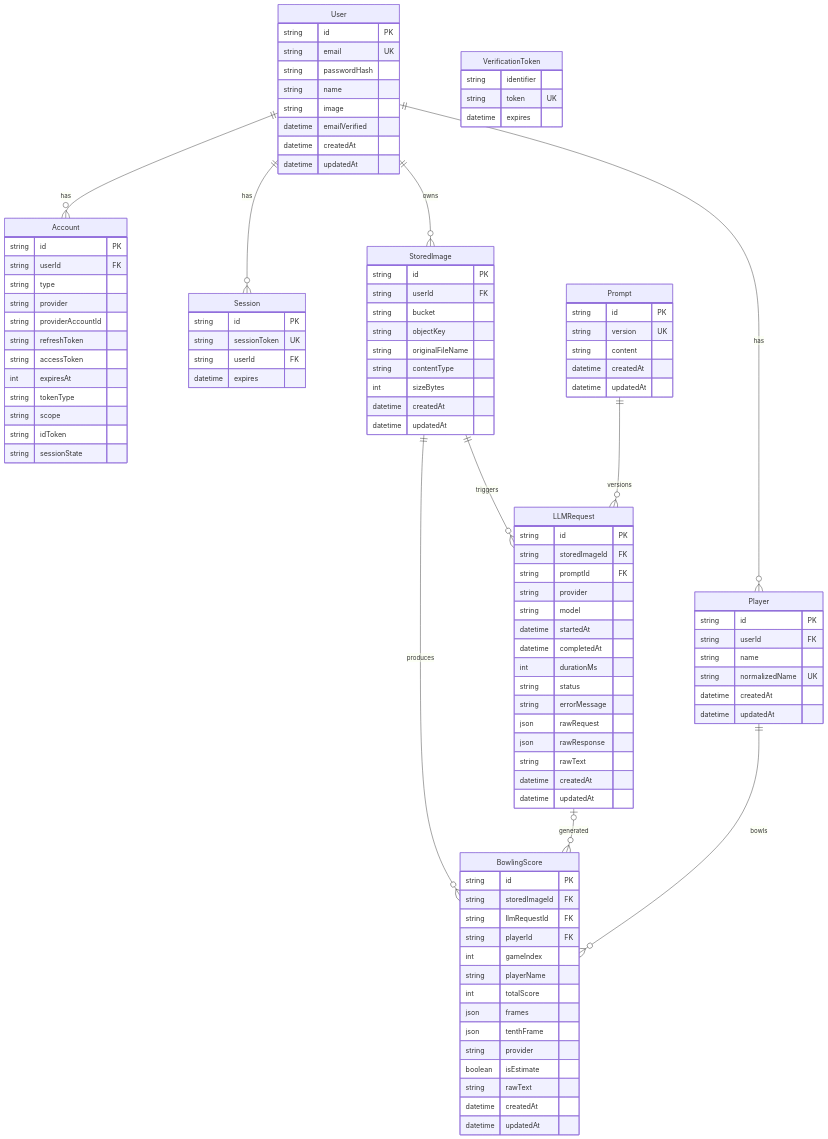
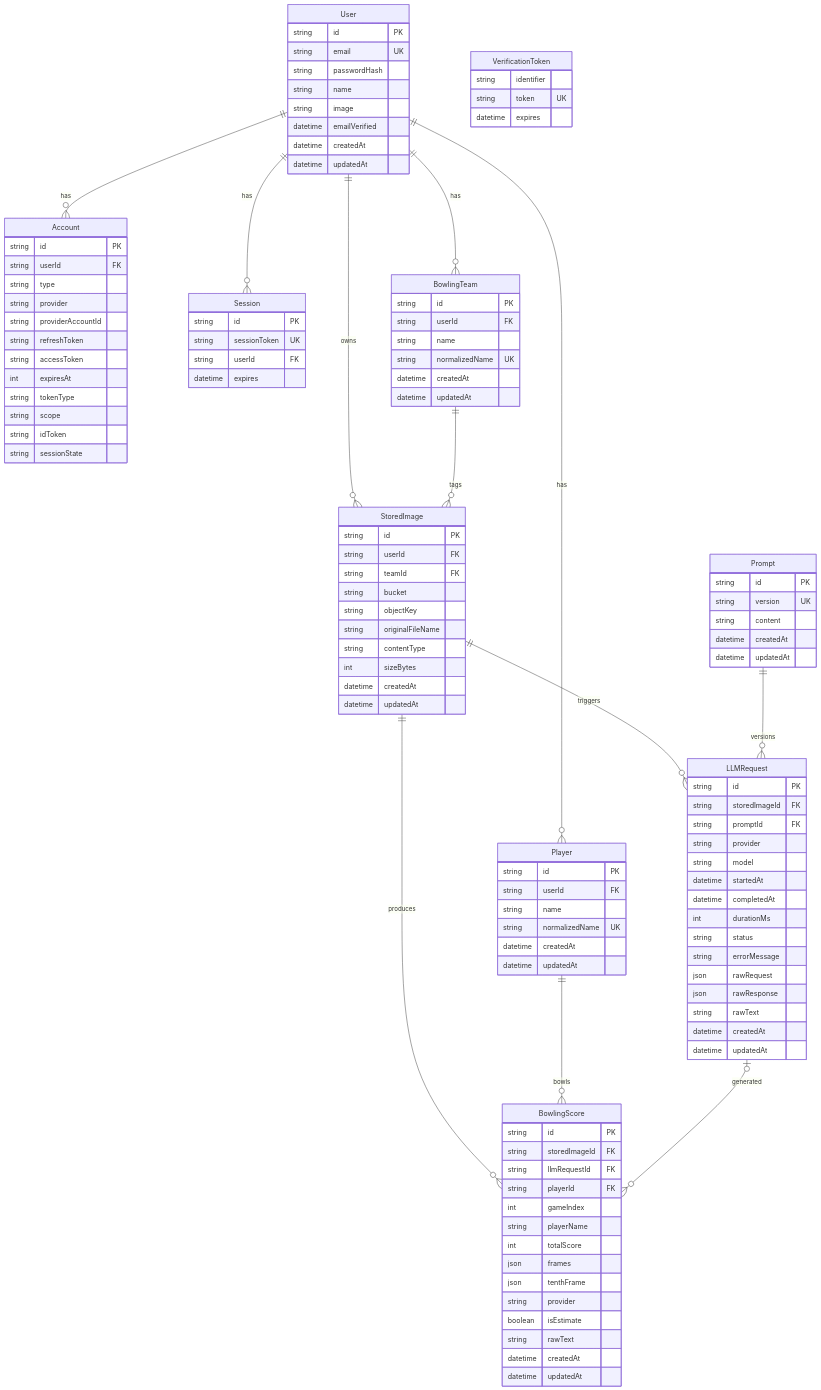
Before and after one commit to mcbrown87/bowling-score-card-vibes: the first of 2 diagrams in bowling-scorecard/docs/data-model.md, drawn with Mermaid. The commit also changed other lines of this file and 16 other files, not shown here.

Commit message:
feat(library): add bowling team assignments

```diff
--- a/bowling-scorecard/docs/data-model.md
+++ b/bowling-scorecard/docs/data-model.md
@@ -48,6 +48,7 @@
     StoredImage {
         string id PK
         string userId FK
+        string teamId FK
         string bucket
         string objectKey
         string originalFileName
@@ -58,6 +59,15 @@
     }
 
     Player {
+        string id PK
+        string userId FK
+        string name
+        string normalizedName UK
+        datetime createdAt
+        datetime updatedAt
+    }
+
+    BowlingTeam {
         string id PK
         string userId FK
         string name
@@ -113,6 +123,8 @@
     User ||--o{ Session : has
     User ||--o{ StoredImage : owns
     User ||--o{ Player : has
+    User ||--o{ BowlingTeam : has
+    BowlingTeam ||--o{ StoredImage : tags
     StoredImage ||--o{ BowlingScore : produces
     Player ||--o{ BowlingScore : bowls
     StoredImage ||--o{ LLMRequest : triggers
```
